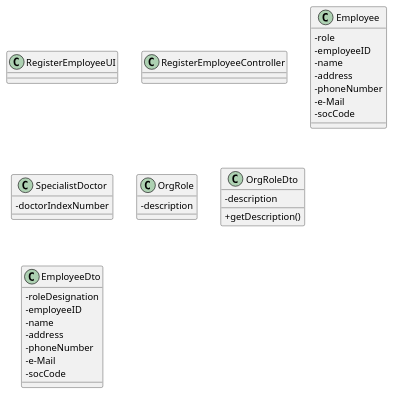
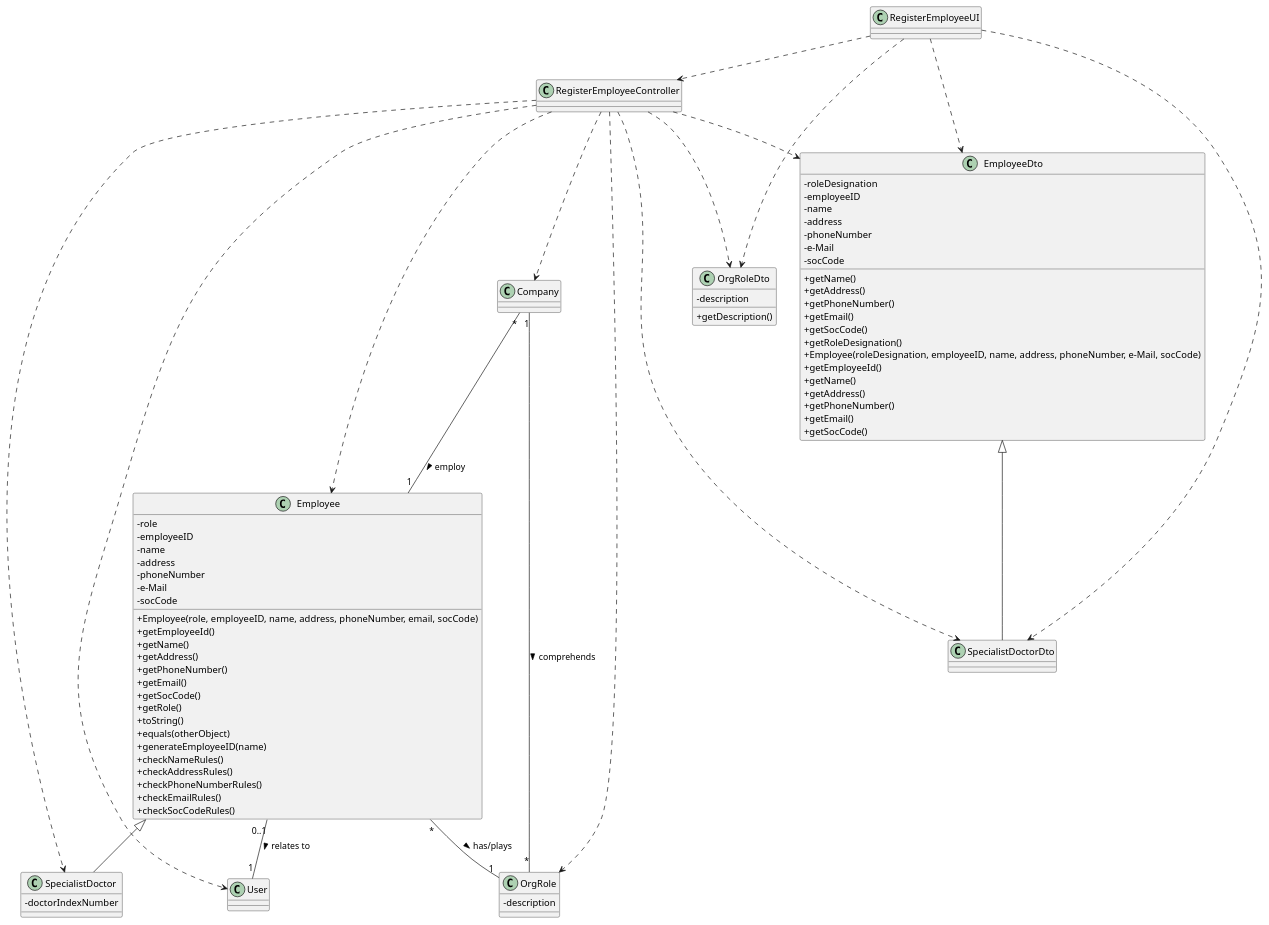
Before and after one commit to ana-albergaria/LAPR2-ISEP: the diagram in docs/SprintB/US_7/US7_CD.puml, drawn with PlantUML. The commit also changed 4 other files, not shown here.

Commit message:
US7 Class Diagram + Correcting a few things

```diff
--- a/docs/SprintB/US_7/US7_CD.puml
+++ b/docs/SprintB/US_7/US7_CD.puml
@@ -1,46 +1,103 @@
 @startuml
 skinparam classAttributeIconSize 0
 
 class RegisterEmployeeUI {
 }
 
 class RegisterEmployeeController {
 }
 
 class Employee {
 - role
 - employeeID
 - name
 - address
 - phoneNumber
 - e-Mail
 - socCode
++Employee(role, employeeID, name, address, phoneNumber, email, socCode)
++getEmployeeId()
++getName()
++getAddress()
++getPhoneNumber()
++getEmail()
++getSocCode()
++getRole()
++toString()
++equals(otherObject)
++generateEmployeeID(name)
++checkNameRules()
++checkAddressRules()
++checkPhoneNumberRules()
++checkEmailRules()
++checkSocCodeRules()
+
+
 }
 
 class SpecialistDoctor {
 - doctorIndexNumber
 }
 
 class OrgRole {
 - description
 }
 
 class OrgRoleDto {
 - description
 + getDescription()
 }
 
 class EmployeeDto {
 - roleDesignation
 - employeeID
 - name
 - address
 - phoneNumber
 - e-Mail
 - socCode
++getName()
++getAddress()
++getPhoneNumber()
++getEmail()
++getSocCode()
++getRoleDesignation()
++Employee(roleDesignation, employeeID, name, address, phoneNumber, e-Mail, socCode)
++getEmployeeId()
++getName()
++getAddress()
++getPhoneNumber()
++getEmail()
++getSocCode()
 }
 
+class SpecialistDoctorDto {
+}
 
+class User {
+}
+
+RegisterEmployeeUI ..> RegisterEmployeeController
+Employee <|-- SpecialistDoctor
+RegisterEmployeeController ..> Employee
+RegisterEmployeeController ..> SpecialistDoctor
+RegisterEmployeeUI ..> EmployeeDto
+RegisterEmployeeUI ..> SpecialistDoctorDto
+RegisterEmployeeController ..> EmployeeDto
+RegisterEmployeeController ..> SpecialistDoctorDto
+RegisterEmployeeController ..> OrgRoleDto
+RegisterEmployeeUI ..> OrgRoleDto
+RegisterEmployeeController ..> Company
+RegisterEmployeeController ..> OrgRole
+
+EmployeeDto <|-- SpecialistDoctorDto
+
+Employee "*" -- "1" OrgRole : has/plays >
+Company "1" -- "*" OrgRole : comprehends >
+Company "*" -- "1" Employee : employ >
+Employee "0..1" -- "1" User : relates to >
+
+RegisterEmployeeController ..> User
 
 
 @enduml
```
